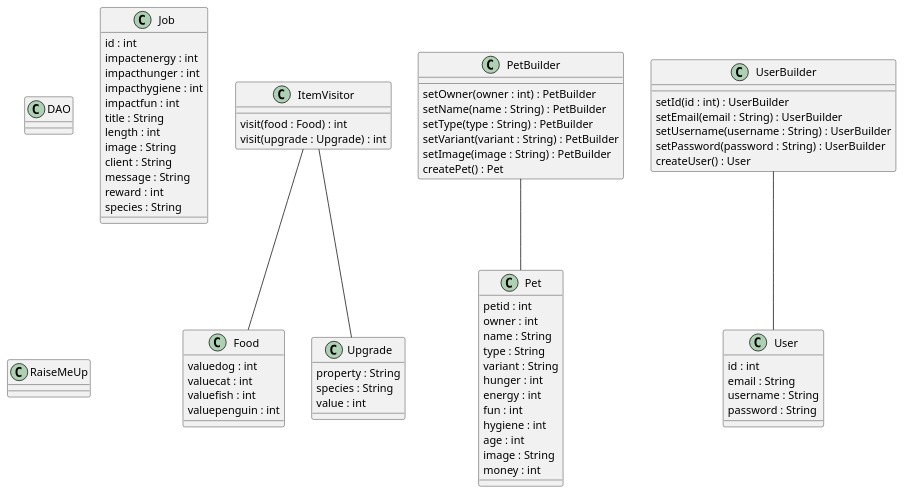
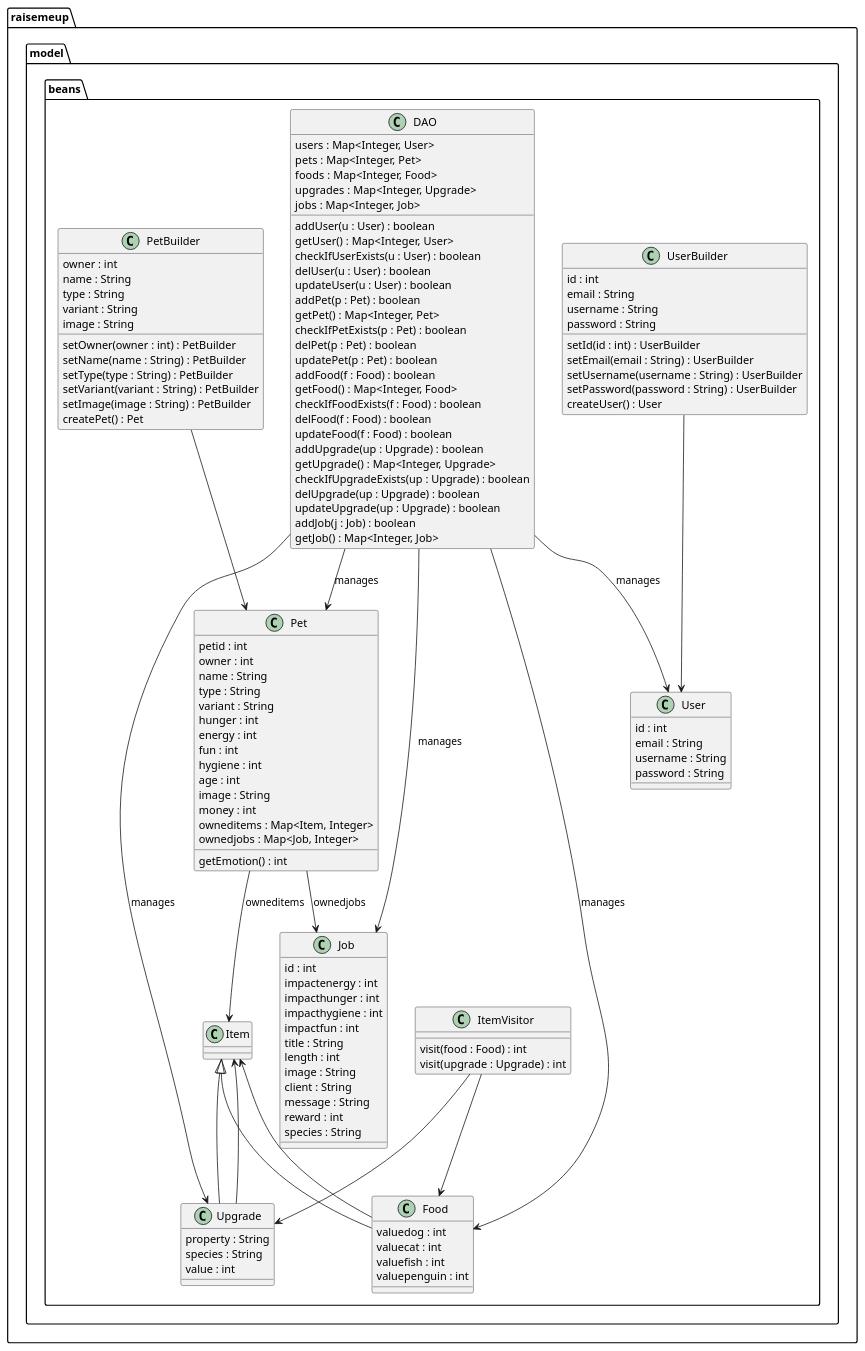
One commit to sh4r10/thesis-autogen-classdiagrams changed the diagram in artefacts/controlled-experiment/project-2/t4-haf.puml. Above: the diagram before and after it, drawn with PlantUML. The commit also changed 171 other files, not shown here.

```diff
--- a/artefacts/controlled-experiment/project-2/t4-haf.puml
+++ b/artefacts/controlled-experiment/project-2/t4-haf.puml
@@ -1,86 +1,133 @@
 @startuml
 
-class DAO {
+package raisemeup.model.beans {
+    class User {
+        id : int
+        email : String
+        username : String
+        password : String
+    }
+
+    class UserBuilder {
+        id : int
+        email : String
+        username : String
+        password : String
+        setId(id : int) : UserBuilder
+        setEmail(email : String) : UserBuilder
+        setUsername(username : String) : UserBuilder
+        setPassword(password : String) : UserBuilder
+        createUser() : User
+    }
+
+    class Pet {
+        petid : int
+        owner : int
+        name : String
+        type : String
+        variant : String
+        hunger : int
+        energy : int
+        fun : int
+        hygiene : int
+        age : int
+        image : String
+        money : int
+        owneditems : Map<Item, Integer>
+        ownedjobs : Map<Job, Integer>
+        getEmotion() : int
+    }
+
+    class PetBuilder {
+        owner : int
+        name : String
+        type : String
+        variant : String
+        image : String
+        setOwner(owner : int) : PetBuilder
+        setName(name : String) : PetBuilder
+        setType(type : String) : PetBuilder
+        setVariant(variant : String) : PetBuilder
+        setImage(image : String) : PetBuilder
+        createPet() : Pet
+    }
+
+    class Food extends Item {
+        valuedog : int
+        valuecat : int
+        valuefish : int
+        valuepenguin : int
+    }
+
+    class Upgrade extends Item {
+        property : String
+        species : String
+        value : int
+    }
+
+    class Job {
+        id : int
+        impactenergy : int
+        impacthunger : int
+        impacthygiene : int
+        impactfun : int
+        title : String
+        length : int
+        image : String
+        client : String
+        message : String
+        reward : int
+        species : String
+    }
+
+    class ItemVisitor {
+        visit(food : Food) : int
+        visit(upgrade : Upgrade) : int
+    }
+
+    class DAO {
+        users : Map<Integer, User>
+        pets : Map<Integer, Pet>
+        foods : Map<Integer, Food>
+        upgrades : Map<Integer, Upgrade>
+        jobs : Map<Integer, Job>
+        addUser(u : User) : boolean
+        getUser() : Map<Integer, User>
+        checkIfUserExists(u : User) : boolean
+        delUser(u : User) : boolean
+        updateUser(u : User) : boolean
+        addPet(p : Pet) : boolean
+        getPet() : Map<Integer, Pet>
+        checkIfPetExists(p : Pet) : boolean
+        delPet(p : Pet) : boolean
+        updatePet(p : Pet) : boolean
+        addFood(f : Food) : boolean
+        getFood() : Map<Integer, Food>
+        checkIfFoodExists(f : Food) : boolean
+        delFood(f : Food) : boolean
+        updateFood(f : Food) : boolean
+        addUpgrade(up : Upgrade) : boolean
+        getUpgrade() : Map<Integer, Upgrade>
+        checkIfUpgradeExists(up : Upgrade) : boolean
+        delUpgrade(up : Upgrade) : boolean
+        updateUpgrade(up : Upgrade) : boolean
+        addJob(j : Job) : boolean
+        getJob() : Map<Integer, Job>
+    }
+
+    UserBuilder --> User
+    PetBuilder --> Pet
+    Food --> Item
+    Upgrade --> Item
+    Pet --> Job : "ownedjobs"
+    Pet --> Item : "owneditems"
+    DAO --> User : "manages"
+    DAO --> Pet : "manages"
+    DAO --> Food : "manages"
+    DAO --> Upgrade : "manages"
+    DAO --> Job : "manages"
+    ItemVisitor --> Food
+    ItemVisitor --> Upgrade
 }
 
-class Food {
-    valuedog : int
-    valuecat : int
-    valuefish : int
-    valuepenguin : int
-}
-
-class ItemVisitor {
-    visit(food : Food) : int
-    visit(upgrade : Upgrade) : int
-}
-
-class Job {
-    id : int
-    impactenergy : int
-    impacthunger : int
-    impacthygiene : int
-    impactfun : int
-    title : String
-    length : int
-    image : String
-    client : String
-    message : String
-    reward : int
-    species : String
-}
-
-class Pet {
-    petid : int
-    owner : int
-    name : String
-    type : String
-    variant : String
-    hunger : int
-    energy : int
-    fun : int
-    hygiene : int
-    age : int
-    image : String
-    money : int
-}
-
-class PetBuilder {
-    setOwner(owner : int) : PetBuilder
-    setName(name : String) : PetBuilder
-    setType(type : String) : PetBuilder
-    setVariant(variant : String) : PetBuilder
-    setImage(image : String) : PetBuilder
-    createPet() : Pet
-}
-
-class RaiseMeUp {
-}
-
-class Upgrade {
-    property : String
-    species : String
-    value : int
-}
-
-class User {
-    id : int
-    email : String
-    username : String
-    password : String
-}
-
-class UserBuilder {
-    setId(id : int) : UserBuilder
-    setEmail(email : String) : UserBuilder
-    setUsername(username : String) : UserBuilder
-    setPassword(password : String) : UserBuilder
-    createUser() : User
-}
-
-ItemVisitor -- Upgrade
-ItemVisitor -- Food
-PetBuilder -- Pet
-UserBuilder -- User
-
 @enduml
```
